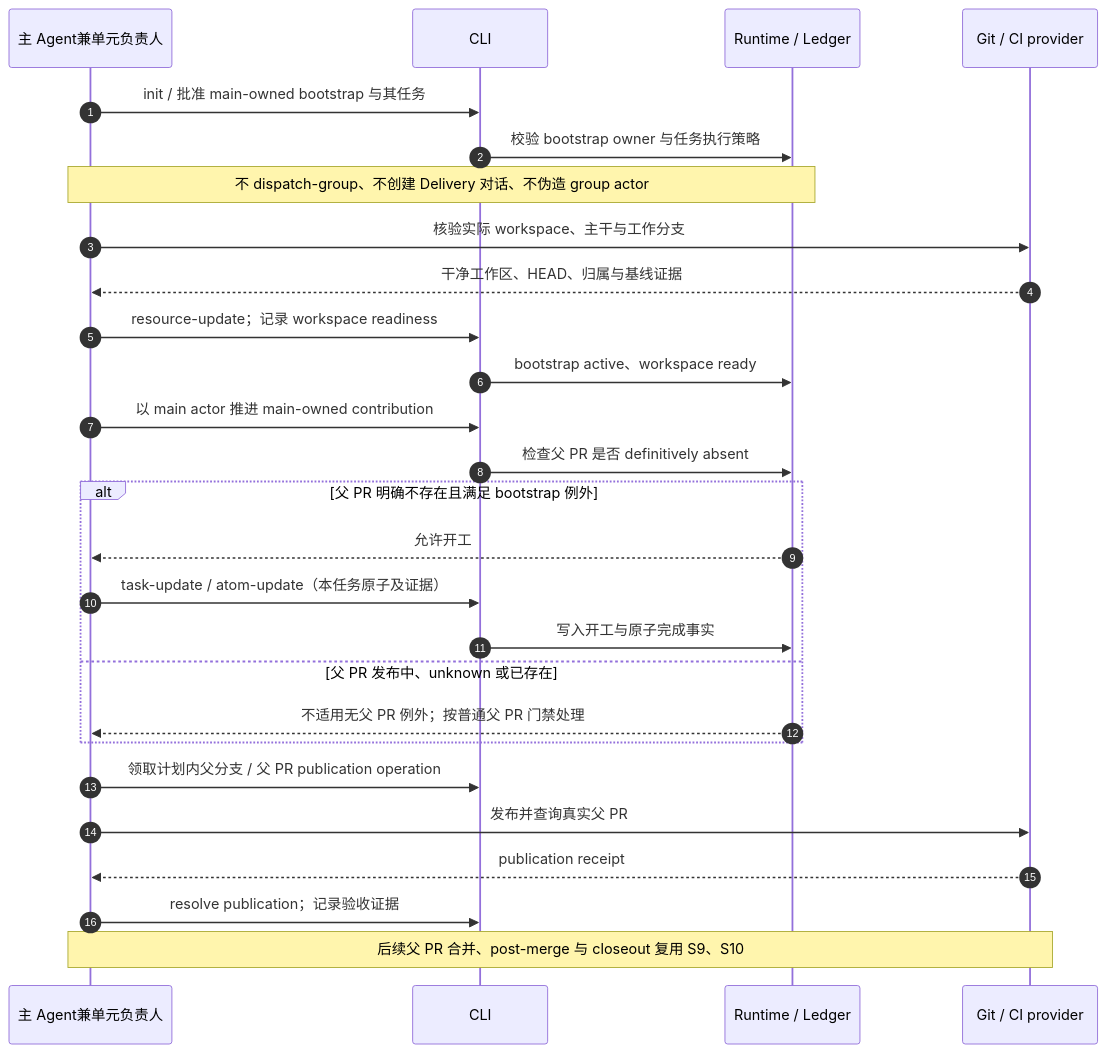
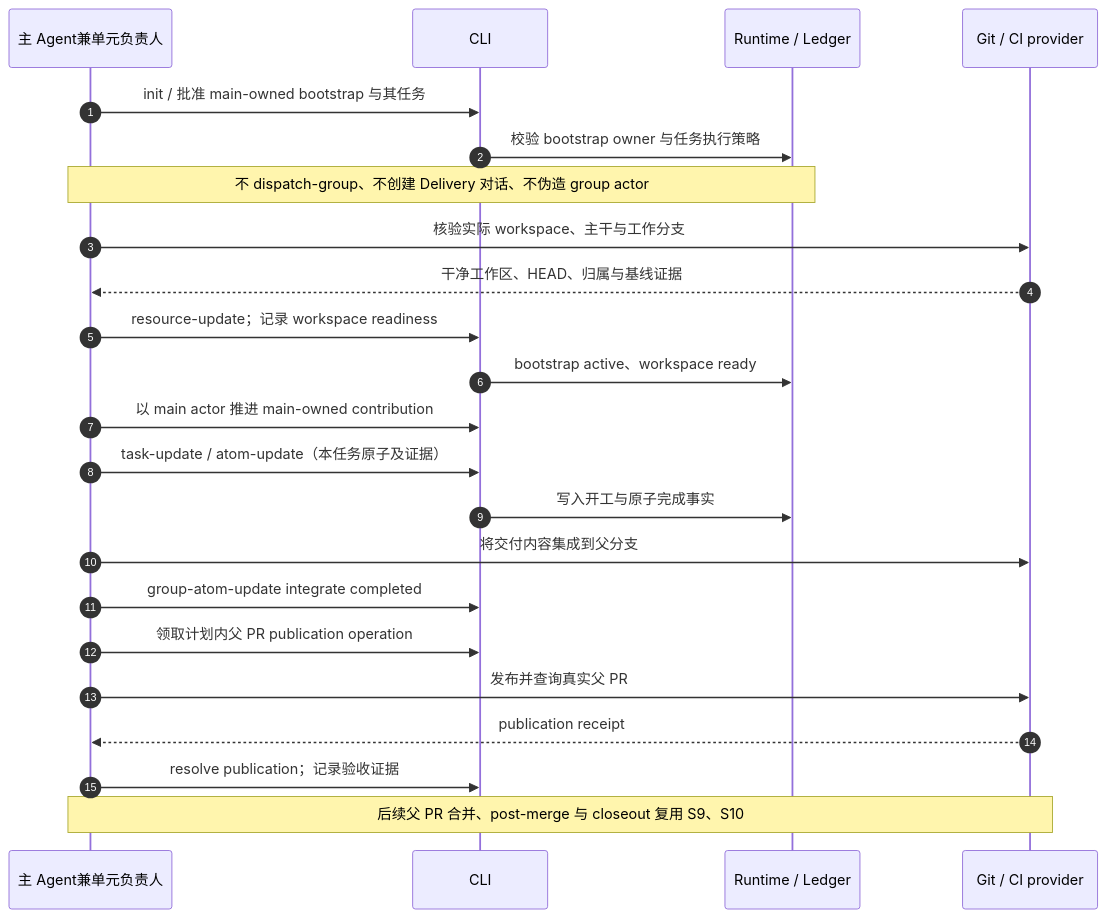
Before and after one commit to IvanLi-CN/Loomhelm: the third of 13 diagrams in docs/specs/multi-task-flow-unified-atomic-orchestration/AGENT_INTERACTIONS.md, drawn with Mermaid. The commit also changed other lines of this file and 37 other files, not shown here.

First line of the commit message:
fix(multi-task-flow): order integration before parent PR (#331)

````diff
--- a/docs/specs/multi-task-flow-unified-atomic-orchestration/AGENT_INTERACTIONS.md
+++ b/docs/specs/multi-task-flow-unified-atomic-orchestration/AGENT_INTERACTIONS.md
@@ -146,29 +151,25 @@
 ```mermaid
 sequenceDiagram
     autonumber
     participant M as 主 Agent兼单元负责人
     participant C as CLI
     participant L as Runtime / Ledger
     participant P as Git / CI provider
     M->>C: init / 批准 main-owned bootstrap 与其任务
     C->>L: 校验 bootstrap owner 与任务执行策略
     Note over M,L: 不 dispatch-group、不创建 Delivery 对话、不伪造 group actor
     M->>P: 核验实际 workspace、主干与工作分支
     P-->>M: 干净工作区、HEAD、归属与基线证据
     M->>C: resource-update；记录 workspace readiness
     C->>L: bootstrap active、workspace ready
     M->>C: 以 main actor 推进 main-owned contribution
-    C->>L: 检查父 PR 是否 definitively absent
-    alt 父 PR 明确不存在且满足 bootstrap 例外
-        L-->>M: 允许开工
-        M->>C: task-update / atom-update（本任务原子及证据）
-        C->>L: 写入开工与原子完成事实
-    else 父 PR 发布中、unknown 或已存在
-        L-->>M: 不适用无父 PR 例外；按普通父 PR 门禁处理
-    end
-    M->>C: 领取计划内父分支 / 父 PR publication operation
+    M->>C: task-update / atom-update（本任务原子及证据）
+    C->>L: 写入开工与原子完成事实
+    M->>P: 将交付内容集成到父分支
+    M->>C: group-atom-update integrate completed
+    M->>C: 领取计划内父 PR publication operation
     M->>P: 发布并查询真实父 PR
     P-->>M: publication receipt
     M->>C: resolve publication；记录验收证据
     Note over M,P: 后续父 PR 合并、post-merge 与 closeout 复用 S9、S10
 ```
````
